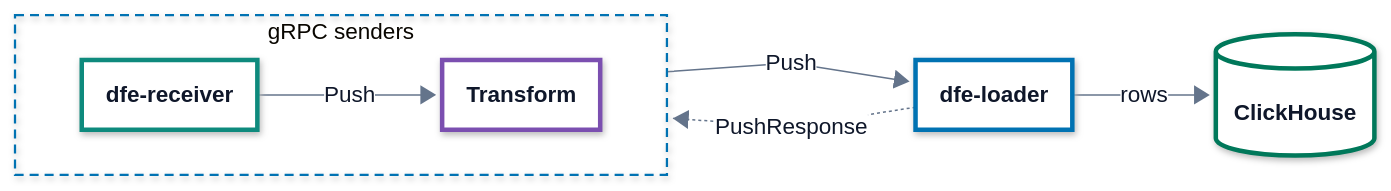
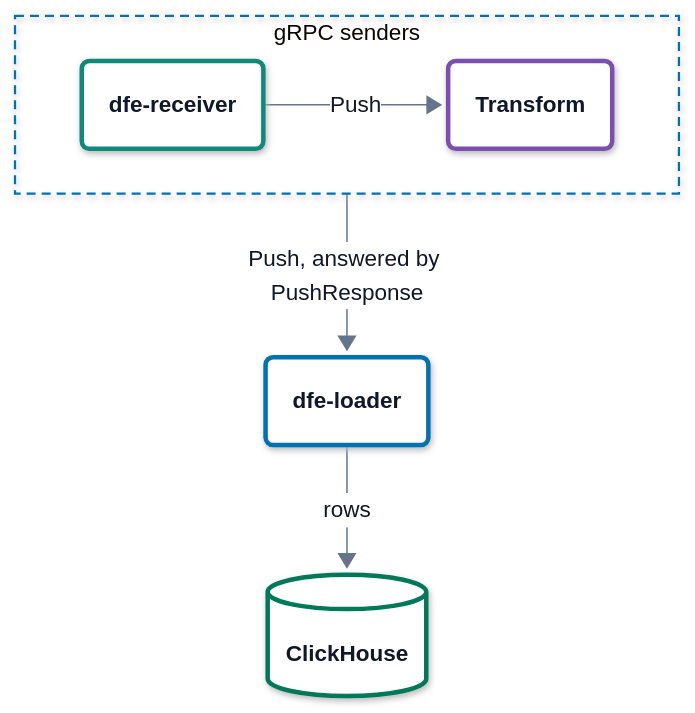
The diagram in docs/transport/grpc.md (hyperi-io/dfe-loader), drawn with Mermaid before and after one commit. The commit also changed other lines of this file and 19 other files, not shown here.

First line of the commit message:
docs(architecture): bring the loader pages to the architecture standard

````diff
--- a/docs/transport/grpc.md
+++ b/docs/transport/grpc.md
@@ -21,78 +21,79 @@
 ```mermaid
 ---
 config:
   theme: base
   look: neo
   fontFamily: Inter, -apple-system, Segoe UI, Roboto, Helvetica, Arial, sans-serif
   flowchart:
     curve: linear
     nodeSpacing: 40
     rankSpacing: 64
     padding: 18
     wrappingWidth: 280
     htmlLabels: true
   elk:
     preset: modelOrder
   themeVariables:
     fontSize: 15px
     lineColor: "#64748B"
     primaryTextColor: "#0F172A"
     clusterBorder: "#0072B2"
     edgeLabelBackground: "#FFFFFF"
   themeCSS: >-
     p{margin:0}
     .node[data-look] rect,.node[data-look] path,.node[data-look] polygon,.node[data-look] .outer-path{filter:drop-shadow(0 1px 2px rgba(15,23,42,.10)) drop-shadow(0 6px 14px rgba(15,23,42,.10))}
     .node rect{rx:10px;ry:10px}
     .cluster rect{rx:16px;ry:16px}
     .node .label div{min-width:150px}
     .node.decision .label div{min-width:0}
     .cluster[data-look] rect{filter:none}
     .nodeLabel{line-height:1.35}
     .nodeLabel b{font-weight:600;font-size:15px;letter-spacing:-0.01em}
     .nodeLabel span{font-size:12.5px;font-weight:400;color:#334155}
     .cluster-label span.nodeLabel{display:inline-block;background:#FFFFFF;color:#0B2A3F;border:1.5px solid #0072B2;border-radius:999px;padding:2px 12px;font-size:11.5px;font-weight:700;letter-spacing:.09em;text-transform:uppercase}
     .flowchart-link{stroke-width:1.75px}
     .labelBkg{background:transparent!important}
     span.edgeLabel{display:inline-block;background:#FFFFFF!important;color:#1E293B;border:1px solid #94A3B8;border-radius:999px;padding:2px 10px;font-size:12px;font-weight:500}
     span.edgeLabel p{background:transparent!important}
     .label-icon{width:20px;height:20px;vertical-align:-4px;margin-right:6px}
     .ingest .label-icon{color:#0E8A7D}
     .xform .label-icon{color:#7B4FB0}
     .load .label-icon{color:#0072B2}
     .bus .label-icon{color:#A8517F}
     .store .label-icon{color:#00785A}
     .ui .label-icon{color:#D9480F}
     .ext .label-icon{color:#64748B}
 ---
-flowchart LR
+flowchart TB
     accTitle: L4 Detail -- gRPC path
     accDescr: dfe-receiver pushes to the loader directly or through a transform, which is a gRPC server and client. The loader writes the rows to ClickHouse and answers each Push with a PushResponse.
 
     subgraph senders["gRPC senders"]
         direction LR
-        receiver["<b>dfe-receiver</b>"] -->|Push| transform["<b>Transform</b>"]
+        receiver("<b>dfe-receiver</b>") -->|Push| transform("<b>Transform</b>")
     end
-
-    loader["<b>dfe-loader</b>"]
+    loader("<b>dfe-loader</b>")
     clickhouse[("<b>ClickHouse</b>")]
-
-    senders -->|Push| loader
+    senders -->|Push, answered by PushResponse| loader
     loader -->|rows| clickhouse
-    loader -.->|PushResponse| senders
+  class receiver ingest
+  class transform xform
+  class loader load
+  class clickhouse store
+  class receiver ingest
+  class transform xform
+  class loader load
+  class clickhouse store
   classDef ext fill:#F4F6F8,stroke:#94A3B8,stroke-width:1.5px,stroke-dasharray:5 4,color:#0F172A
   classDef ingest fill:#FFFFFF,stroke:#0E8A7D,stroke-width:3px,color:#0F172A
   classDef xform fill:#FFFFFF,stroke:#7B4FB0,stroke-width:3px,color:#0F172A
   classDef load fill:#FFFFFF,stroke:#0072B2,stroke-width:3px,color:#0F172A
   classDef bus fill:#FFFFFF,stroke:#A8517F,stroke-width:3px,color:#0F172A
   classDef store fill:#FFFFFF,stroke:#00785A,stroke-width:3px,color:#0F172A
   classDef ui fill:#FFFFFF,stroke:#D9480F,stroke-width:3px,color:#0F172A
   classDef decision fill:#FFFFFF,stroke:#9A6700,stroke-width:3px,color:#0F172A
   classDef error fill:#FFFFFF,stroke:#C2410C,stroke-width:3px,color:#0F172A
   classDef control fill:#FFFFFF,stroke:#334155,stroke-width:3px,color:#0F172A
   classDef part fill:#FFFFFF,stroke:#94A3B8,stroke-width:1.5px,color:#0F172A
-  class receiver ingest
-  class transform xform
-  class loader load
-  class clickhouse store
   style senders fill:none,stroke:#0072B2,stroke-width:1.5px,stroke-dasharray:6 4
 ```
````
